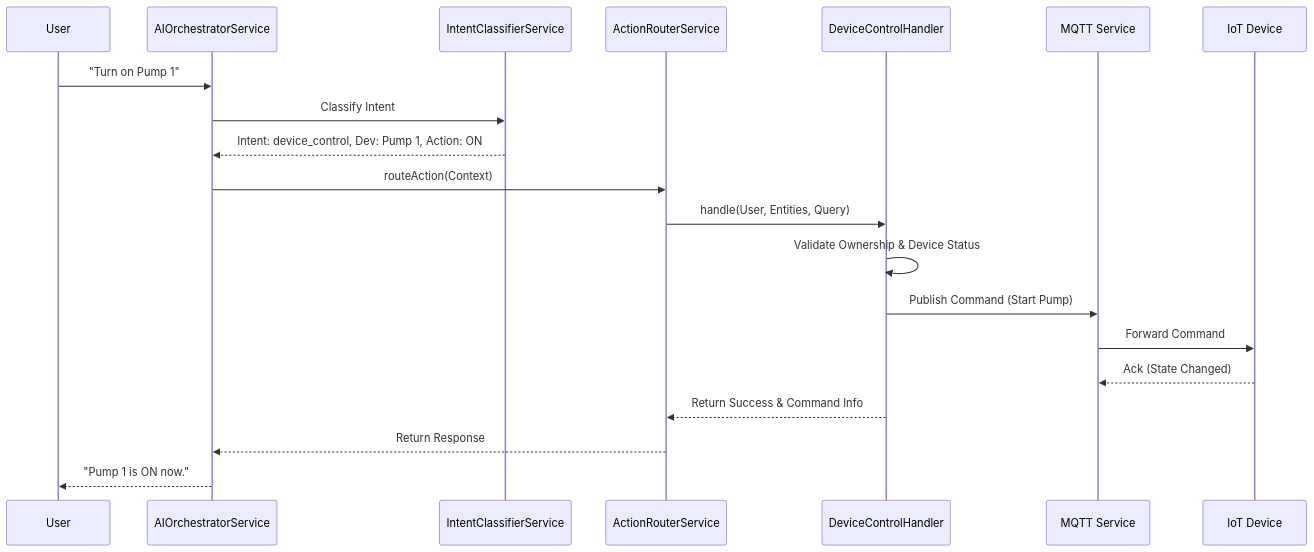
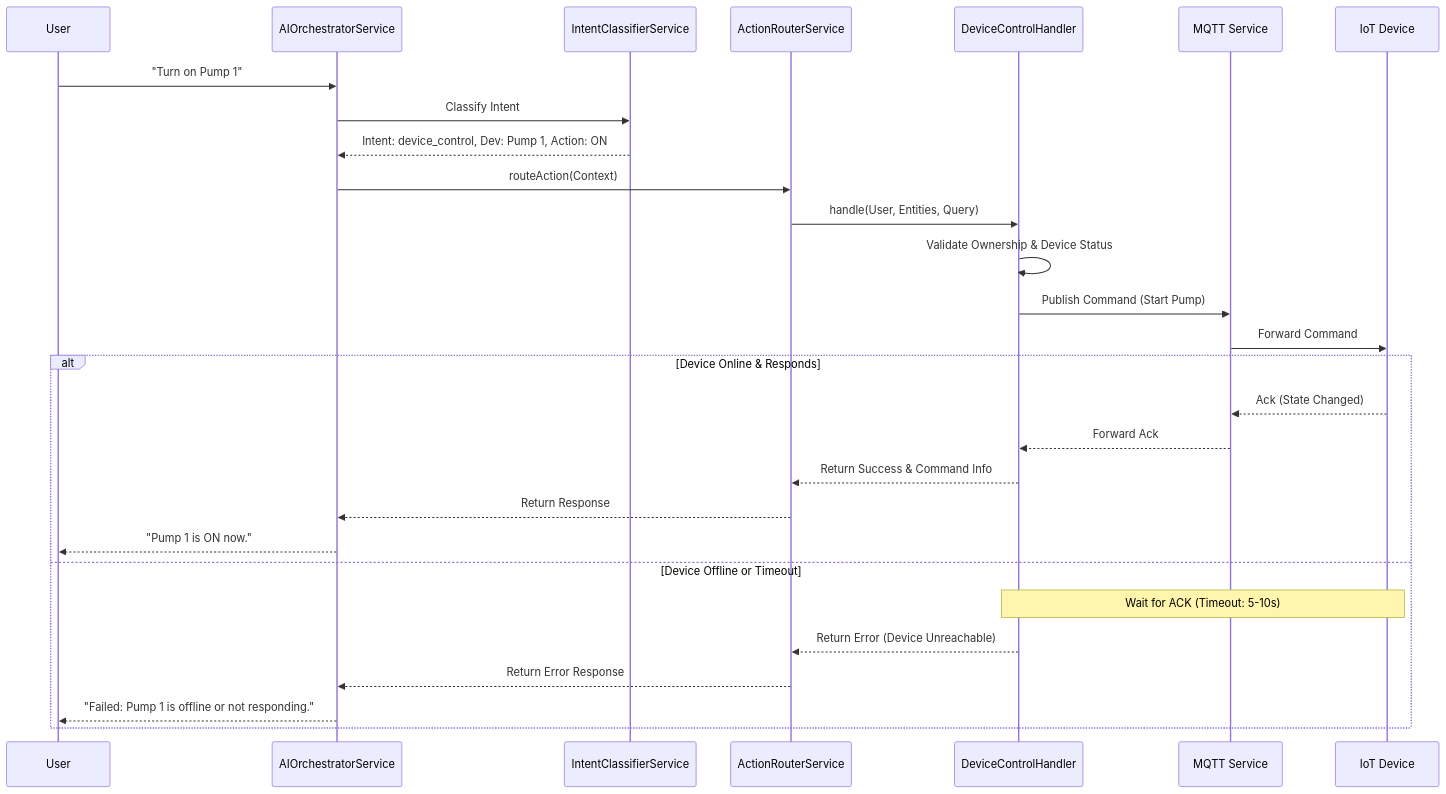
Before and after one commit to duong4444/agribot-dev: the third of 4 diagrams in DOC-TTCS/chatbot_interaction_docs.md, drawn with Mermaid. The commit also changed other lines of this file and 8 other files, not shown here.

````diff
--- a/DOC-TTCS/chatbot_interaction_docs.md
+++ b/DOC-TTCS/chatbot_interaction_docs.md
@@ -117,26 +118,34 @@
 ```mermaid
 sequenceDiagram
     participant U as User
     participant BE as AIOrchestratorService
     participant INT as IntentClassifierService
     participant AR as ActionRouterService
     participant DC as DeviceControlHandler
     participant MQ as MQTT Service
     participant DV as IoT Device
 
     U->>BE: "Turn on Pump 1"
     BE->>INT: Classify Intent
     INT-->>BE: Intent: device_control, Dev: Pump 1, Action: ON
     
     BE->>AR: routeAction(Context)
     AR->>DC: handle(User, Entities, Query)
     
     DC->>DC: Validate Ownership & Device Status
     DC->>MQ: Publish Command (Start Pump)
     MQ->>DV: Forward Command
-    DV-->>MQ: Ack (State Changed)
     
-    DC-->>AR: Return Success & Command Info
-    AR-->>BE: Return Response
-    BE-->>U: "Pump 1 is ON now."
+    alt Device Online & Responds
+        DV-->>MQ: Ack (State Changed)
+        MQ-->>DC: Forward Ack
+        DC-->>AR: Return Success & Command Info
+        AR-->>BE: Return Response
+        BE-->>U: "Pump 1 is ON now."
+    else Device Offline or Timeout
+        Note over DC,DV: Wait for ACK (Timeout: 5-10s)
+        DC-->>AR: Return Error (Device Unreachable)
+        AR-->>BE: Return Error Response
+        BE-->>U: "Failed: Pump 1 is offline or not responding."
+    end
 ```
````
